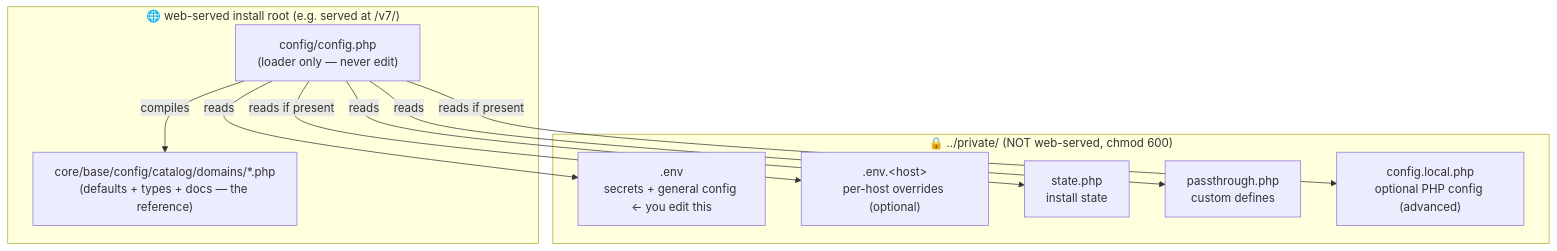
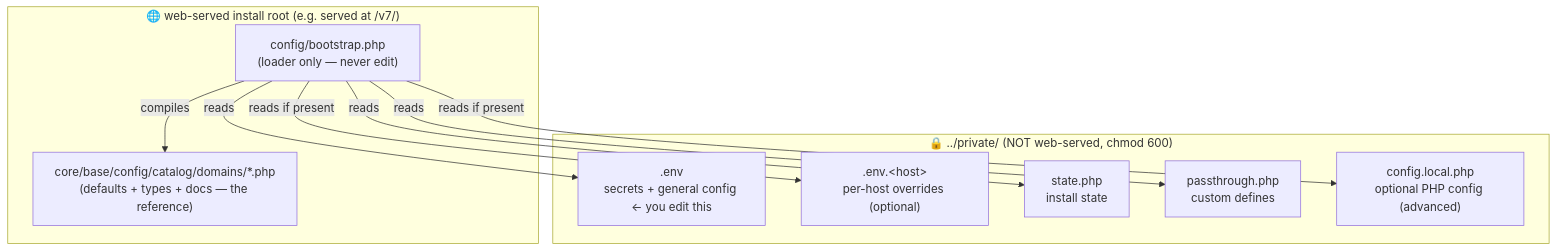
Before and after one commit to renderpci/dedalo: the first of 6 diagrams in docs/config/administration.md, drawn with Mermaid. The commit also changed other lines of this file and 2 other files, not shown here.

First line of the commit message:
docs: update config documentation to reflect bootstrap.php rename and auto-migration

````diff
--- a/docs/config/administration.md
+++ b/docs/config/administration.md
@@ -23,20 +23,20 @@
 ```mermaid
 flowchart TB
     subgraph WEB["🌐 web-served install root (e.g. served at /v7/)"]
-        ENTRY["config/config.php<br/>(loader only — never edit)"]
+        ENTRY["config/bootstrap.php<br/>(loader only — never edit)"]
         CATALOG["core/base/config/catalog/domains/*.php<br/>(defaults + types + docs — the reference)"]
     end
     subgraph PRIV["🔒 ../private/  (NOT web-served, chmod 600)"]
         ENV[".env<br/>secrets + general config ← you edit this"]
         ENVHOST[".env.&lt;host&gt;<br/>per-host overrides (optional)"]
         STATE["state.php<br/>install state"]
         PASS["passthrough.php<br/>custom defines"]
         LOCAL["config.local.php<br/>optional PHP config (advanced)"]
     end
     ENTRY -->|reads| ENV
     ENTRY -->|reads if present| ENVHOST
     ENTRY -->|reads| STATE
     ENTRY -->|reads| PASS
     ENTRY -->|reads if present| LOCAL
     ENTRY -->|compiles| CATALOG
 ```
````
